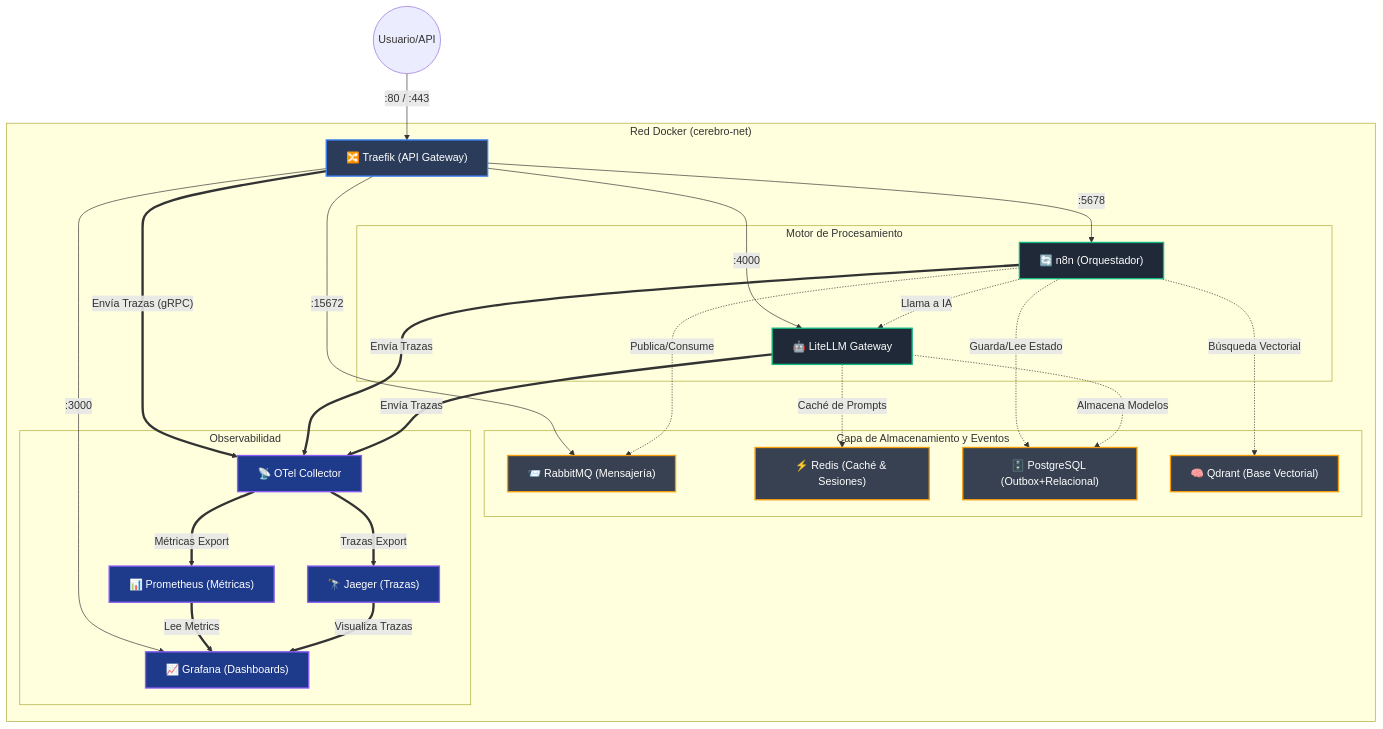
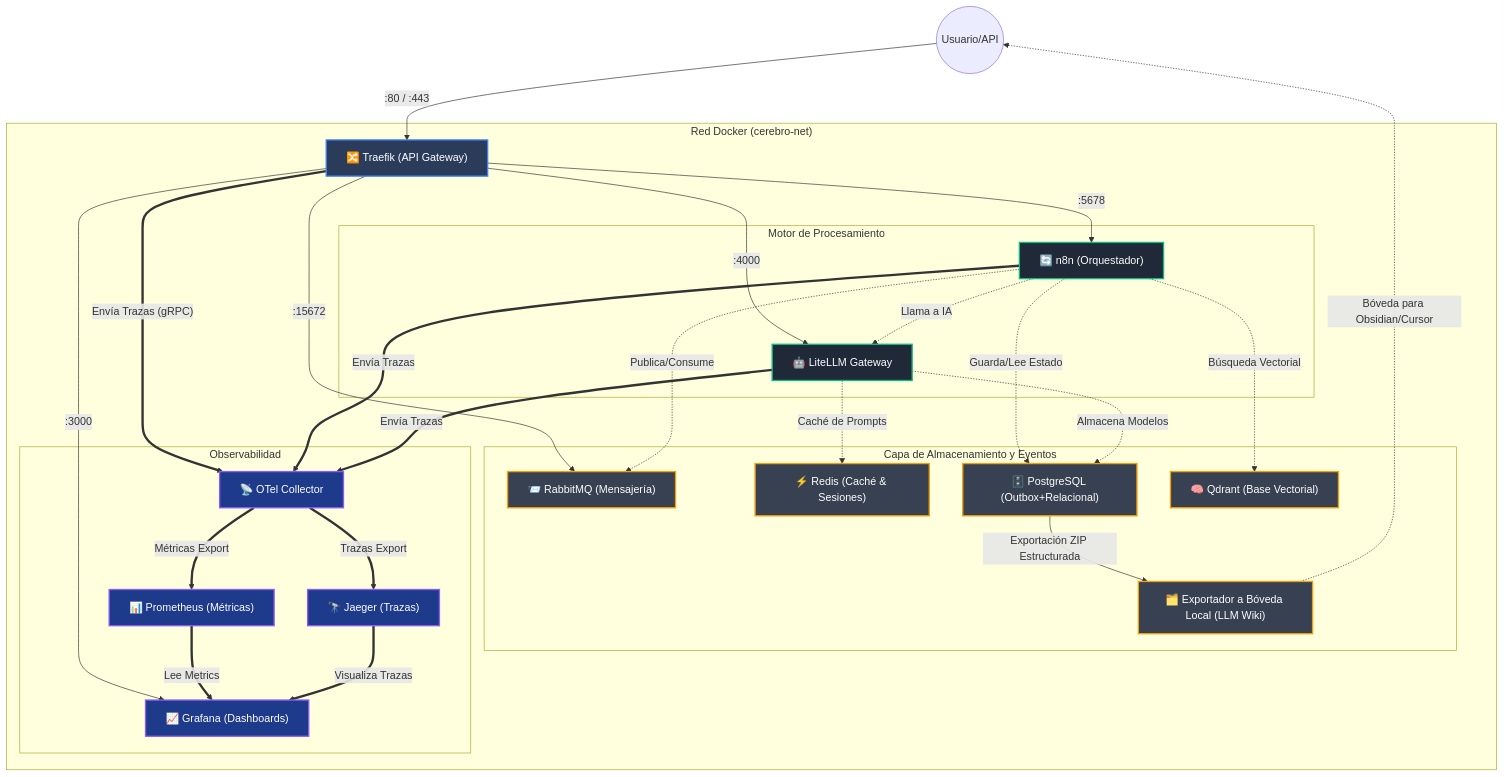
Before and after one commit to sylfG/linkanvil: the first of 4 diagrams in docs/src/6_arquitectura.md, drawn with Mermaid. The commit also changed 6 other files, not shown here.

Commit message:
feat(export): implement structured offline vault export in LLM Wiki format and enhance bidirectional linking for Obsidian

````diff
--- a/docs/src/6_arquitectura.md
+++ b/docs/src/6_arquitectura.md
@@ -11,62 +11,65 @@
 ```mermaid
 graph TD
     %% Estilos
     classDef proxy fill:#2b3c5a,stroke:#3b82f6,stroke-width:2px,color:#fff
     classDef engine fill:#1f2937,stroke:#10b981,stroke-width:2px,color:#fff
     classDef storage fill:#374151,stroke:#f59e0b,stroke-width:2px,color:#fff
     classDef observability fill:#1e3a8a,stroke:#8b5cf6,stroke-width:2px,color:#fff
 
     User((Usuario/API))
 
     subgraph Red Interna ["Red Docker (cerebro-net)"]
         Traefik["🔀 Traefik (API Gateway)"]:::proxy
         
         subgraph Motor de Procesamiento
             n8n["🔄 n8n (Orquestador)"]:::engine
             LiteLLM["🤖 LiteLLM Gateway"]:::engine
         end
         
         subgraph Capa de Almacenamiento y Eventos
             RabbitMQ["📨 RabbitMQ (Mensajería)"]:::storage
             Redis["⚡ Redis (Caché & Sesiones)"]:::storage
             Postgres["🗄️ PostgreSQL (Outbox+Relacional)"]:::storage
             Qdrant["🧠 Qdrant (Base Vectorial)"]:::storage
+            Exportador_LLMWiki["🗂️ Exportador a Bóveda Local (LLM Wiki)"]:::storage
         end
         
         subgraph Observabilidad
             OTel["📡 OTel Collector"]:::observability
             Jaeger["🔭 Jaeger (Trazas)"]:::observability
             Prometheus["📊 Prometheus (Métricas)"]:::observability
             Grafana["📈 Grafana (Dashboards)"]:::observability
         end
     end
 
     %% Conexiones de Entrada
     User -->|":80 / :443"| Traefik
     
     %% Enrutamiento Traefik
     Traefik -->|":5678"| n8n
     Traefik -->|":4000"| LiteLLM
     Traefik -->|":15672"| RabbitMQ
     Traefik -->|":3000"| Grafana
     
     %% Conexiones desde n8n
     n8n -.->|"Publica/Consume"| RabbitMQ
     n8n -.->|"Guarda/Lee Estado"| Postgres
     n8n -.->|"Llama a IA"| LiteLLM
     n8n -.->|"Búsqueda Vectorial"| Qdrant
+    Postgres -->|"Exportación ZIP Estructurada"| Exportador_LLMWiki
+    Exportador_LLMWiki -.->|"Bóveda para Obsidian/Cursor"| User
     
     %% Conexiones desde LiteLLM
     LiteLLM -.->|"Caché de Prompts"| Redis
     LiteLLM -.->|"Almacena Modelos"| Postgres
     
     %% Observabilidad
     Traefik ==>|"Envía Trazas (gRPC)"| OTel
     n8n ==>|"Envía Trazas"| OTel
     LiteLLM ==>|"Envía Trazas"| OTel
     
     OTel ==>|"Trazas Export"| Jaeger
     OTel ==>|"Métricas Export"| Prometheus
     Prometheus ==>|"Lee Metrics"| Grafana
     Jaeger ==>|"Visualiza Trazas"| Grafana
 ```
````
